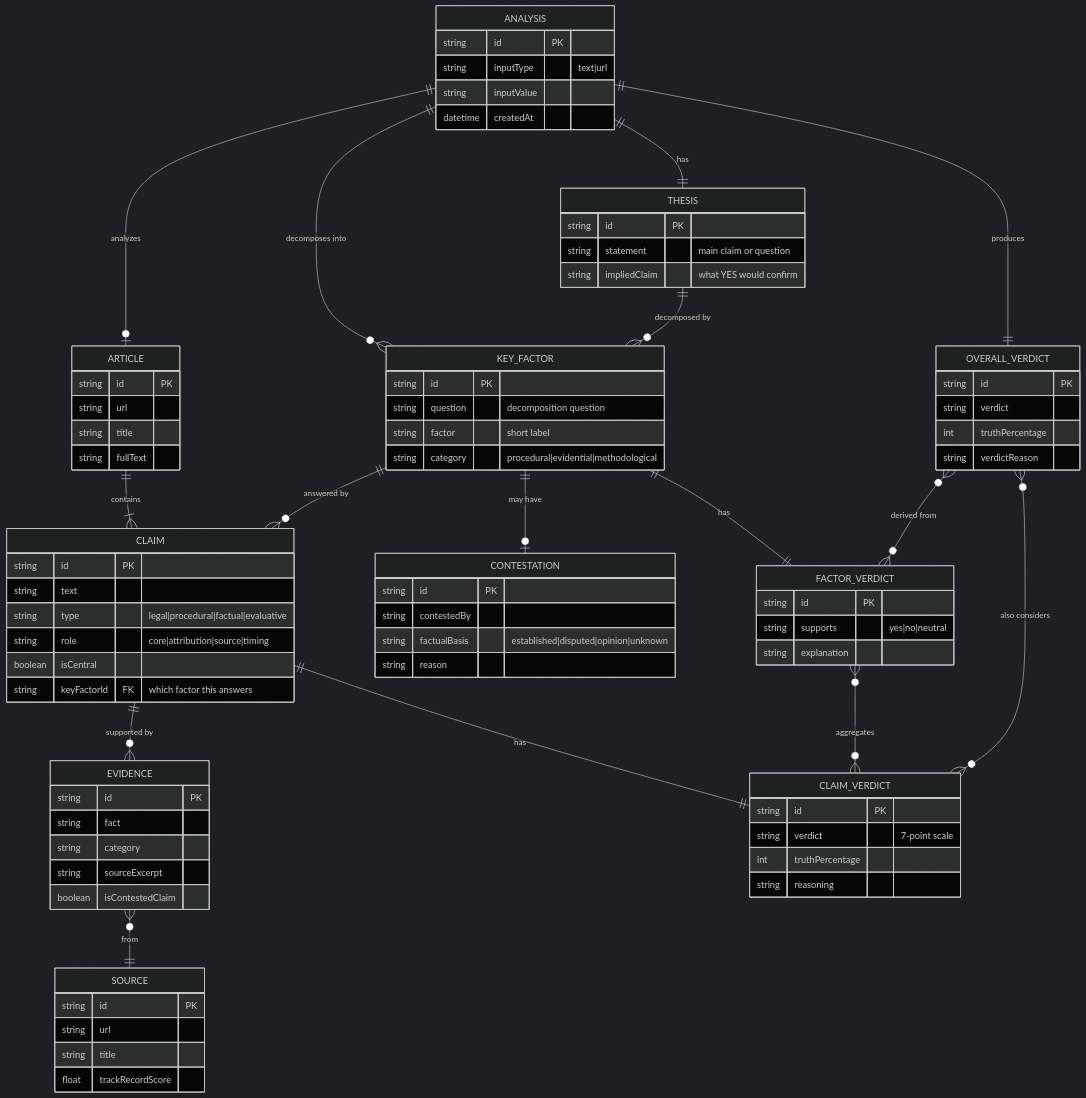
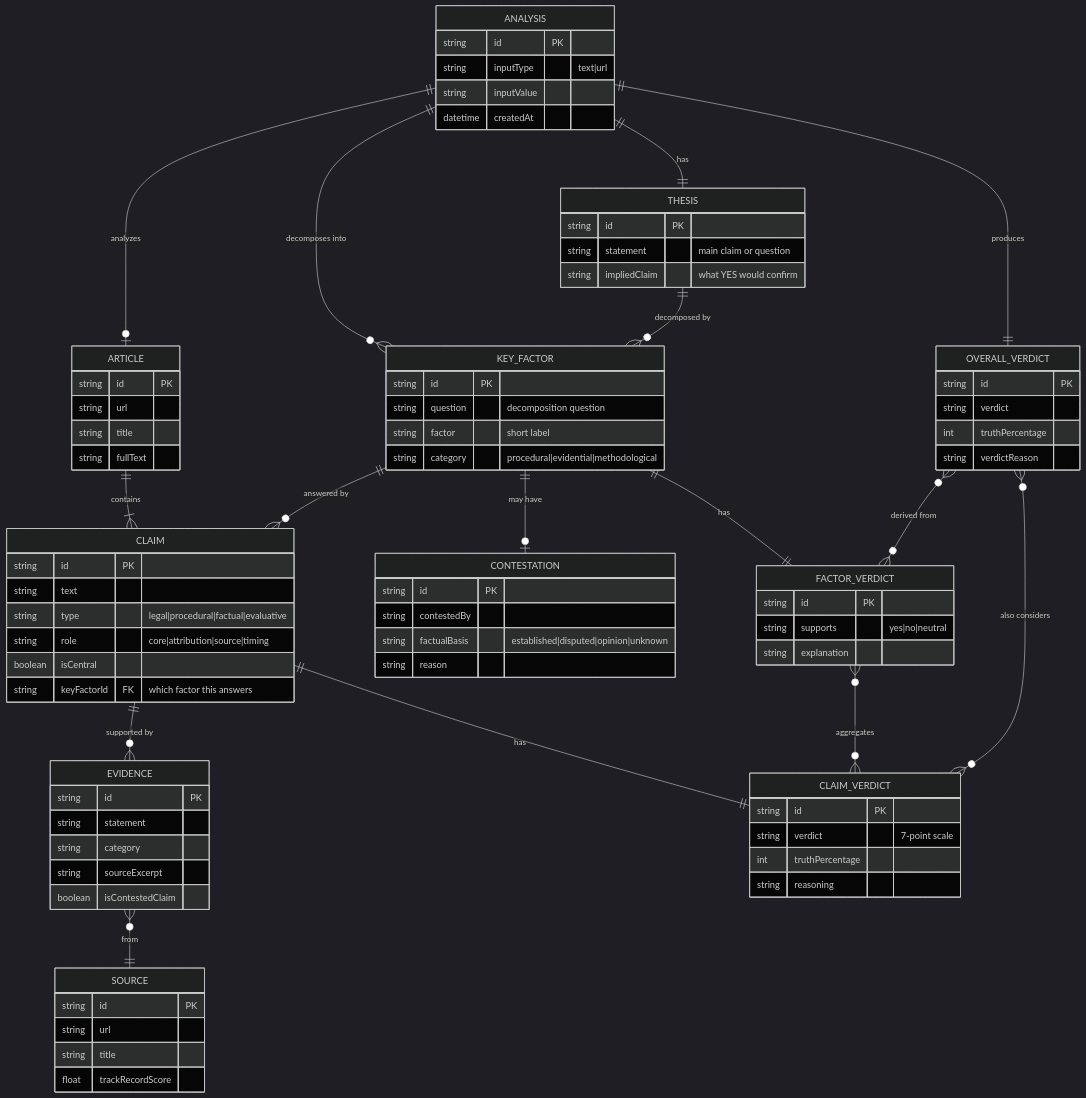
One commit to robertschaub/FactHarbor changed the first of 4 diagrams in Docs/ARCHITECTURE/KeyFactors_Design.md. Above: the diagram before and after it, drawn with Mermaid (dark theme). The commit also changed other lines of this file and 90 other files, not shown here.

```diff
--- a/Docs/ARCHITECTURE/KeyFactors_Design.md
+++ b/Docs/ARCHITECTURE/KeyFactors_Design.md
@@ -143,7 +143,7 @@
 
     EVIDENCE {
         string id PK
-        string fact
+        string statement
         string category
         string sourceExcerpt
         boolean isContestedClaim
```
